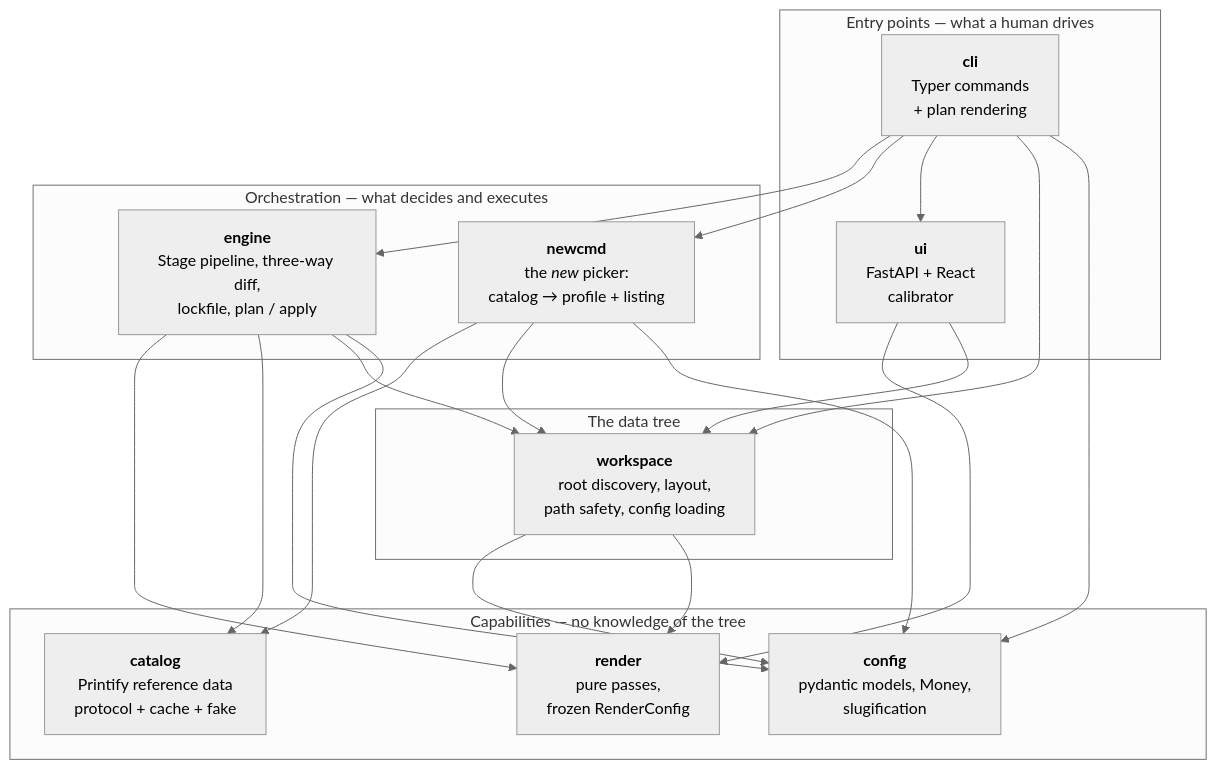
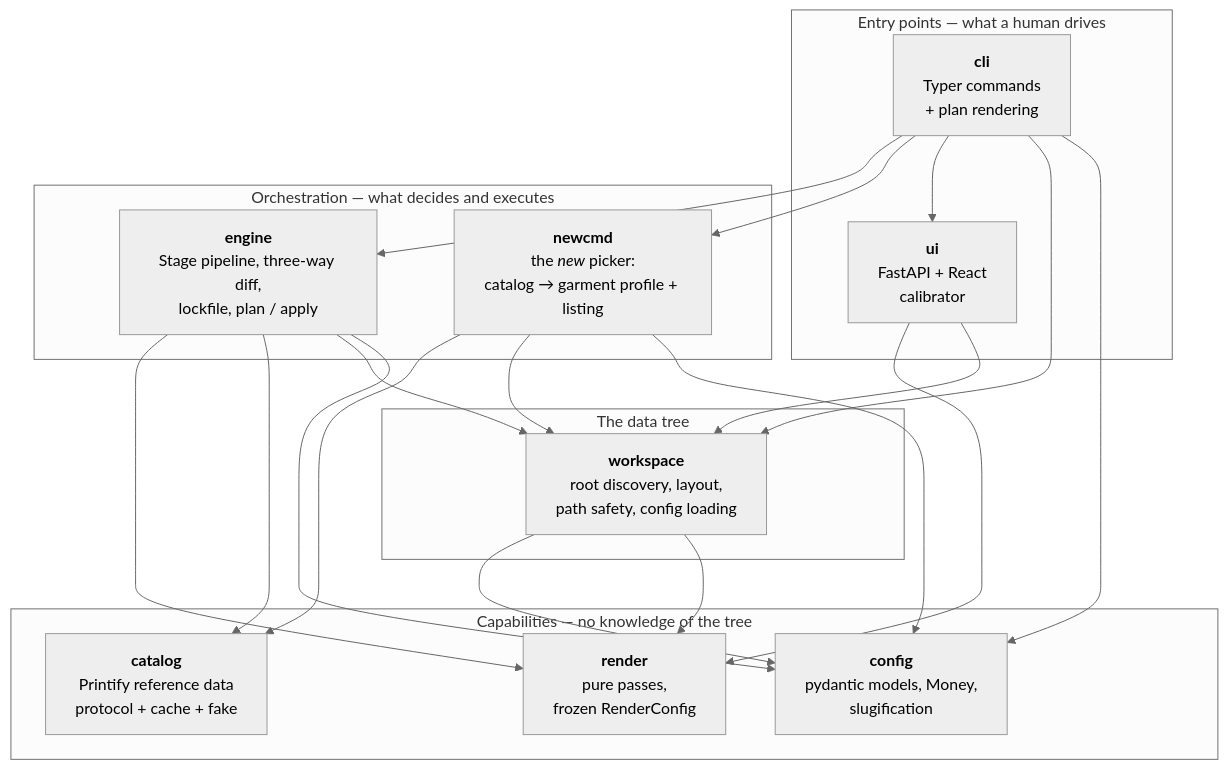
Before and after one commit to eli-jordan/etsy-listing-automation: the first of 5 diagrams in docs/architecture.md, drawn with Mermaid (neutral theme). The commit also changed other lines of this file and 42 other files, not shown here.

First line of the commit message:
chore: refactor profile to garment_profile and update Phase 3 integration

````diff
--- a/docs/architecture.md
+++ b/docs/architecture.md
@@ -10,39 +10,39 @@
 ```mermaid
 graph TD
     subgraph entry["Entry points — what a human drives"]
         CLI["<b>cli</b><br/>Typer commands<br/>+ plan rendering"]
         UI["<b>ui</b><br/>FastAPI + React<br/>calibrator"]
     end
 
     subgraph orchestration["Orchestration — what decides and executes"]
         ENGINE["<b>engine</b><br/>Stage pipeline, three-way diff,<br/>lockfile, plan / apply"]
-        NEWCMD["<b>newcmd</b><br/>the <i>new</i> picker:<br/>catalog → profile + listing"]
+        NEWCMD["<b>newcmd</b><br/>the <i>new</i> picker:<br/>catalog → garment profile + listing"]
     end
 
     subgraph tree["The data tree"]
         WORKSPACE["<b>workspace</b><br/>root discovery, layout,<br/>path safety, config loading"]
     end
 
     subgraph capabilities["Capabilities — no knowledge of the tree"]
         RENDER["<b>render</b><br/>pure passes,<br/>frozen RenderConfig"]
         CATALOG["<b>catalog</b><br/>Printify reference data<br/>protocol + cache + fake"]
         CONFIG["<b>config</b><br/>pydantic models, Money,<br/>slugification"]
     end
 
     CLI --> ENGINE
     CLI --> NEWCMD
     CLI --> UI
     CLI --> WORKSPACE
     UI --> RENDER
     UI --> WORKSPACE
     ENGINE --> RENDER
     ENGINE --> CATALOG
     ENGINE --> WORKSPACE
     NEWCMD --> CATALOG
     NEWCMD --> WORKSPACE
     WORKSPACE --> CONFIG
     WORKSPACE --> RENDER
     ENGINE --> CONFIG
     NEWCMD --> CONFIG
     CLI --> CONFIG
 ```
````
